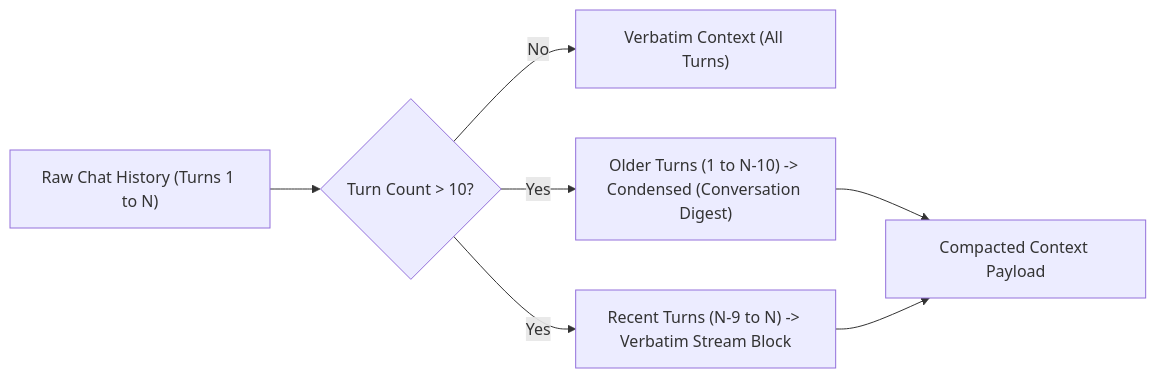
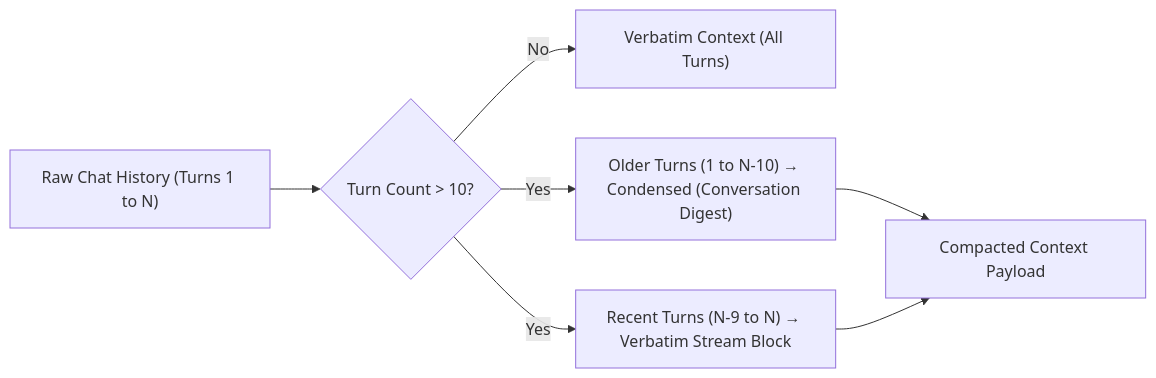
The fifth of 6 diagrams in SYSTEM_DESIGN.md (PrithvirajuVenkataraman/JARVIS), drawn with Mermaid before and after one commit. The commit also changed other lines of this file, not shown here.

````diff
--- a/SYSTEM_DESIGN.md
+++ b/SYSTEM_DESIGN.md
@@ -196,9 +196,9 @@
 ```mermaid
 flowchart LR
     A["Raw Chat History (Turns 1 to N)"] --> B{"Turn Count > 10?"}
-    B -- No --> C["Verbatim Context (All Turns)"]
-    B -- Yes --> D["Older Turns (1 to N-10) -> Condensed (Conversation Digest)"]
-    B -- Yes --> E["Recent Turns (N-9 to N) -> Verbatim Stream Block"]
+    B -->|"No"| C["Verbatim Context (All Turns)"]
+    B -->|"Yes"| D["Older Turns (1 to N-10) &rarr; Condensed (Conversation Digest)"]
+    B -->|"Yes"| E["Recent Turns (N-9 to N) &rarr; Verbatim Stream Block"]
     D --> F["Compacted Context Payload"]
     E --> F
 ```
````
